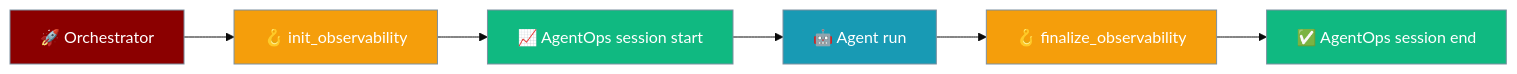
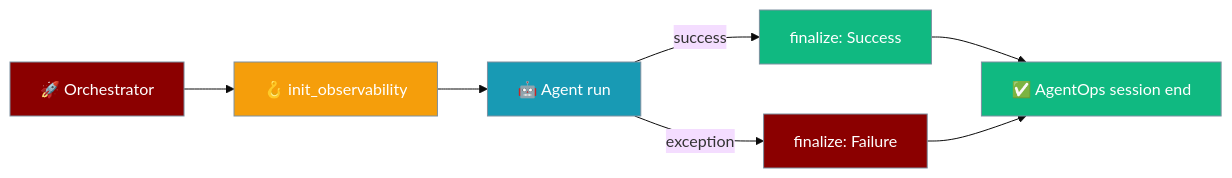
Before and after one commit to MervinPraison/PraisonAIDocs: the first of 3 diagrams in docs/features/observability-hooks.mdx, drawn with Mermaid (base theme). The commit also changed other lines of this file and 3 other files, not shown here.

````diff
--- a/docs/features/observability-hooks.mdx
+++ b/docs/features/observability-hooks.mdx
@@ -10,18 +10,22 @@
 ```mermaid
 graph LR
     A[🚀 Orchestrator] --> B[🪝 init_observability]
-    B --> C[📈 AgentOps session start]
-    C --> D[🤖 Agent run]
-    D --> E[🪝 finalize_observability]
-    E --> F[✅ AgentOps session end]
+    B --> D[🤖 Agent run]
+    D -->|success| ES[finalize: Success]:::success
+    D -->|exception| EF[finalize: Failure]:::failure
+    ES --> F[✅ AgentOps session end]
+    EF --> F
 
     classDef orch fill:#8B0000,stroke:#7C90A0,color:#fff
     classDef hook fill:#F59E0B,stroke:#7C90A0,color:#fff
-    classDef result fill:#10B981,stroke:#7C90A0,color:#fff
+    classDef success fill:#10B981,stroke:#7C90A0,color:#fff
+    classDef failure fill:#8B0000,stroke:#7C90A0,color:#fff
     classDef run fill:#189AB4,stroke:#7C90A0,color:#fff
 
     class A orch
-    class B,E hook
+    class B hook
     class D run
-    class C,F result
+    class ES success
+    class EF failure
+    class F success
 ```
````
